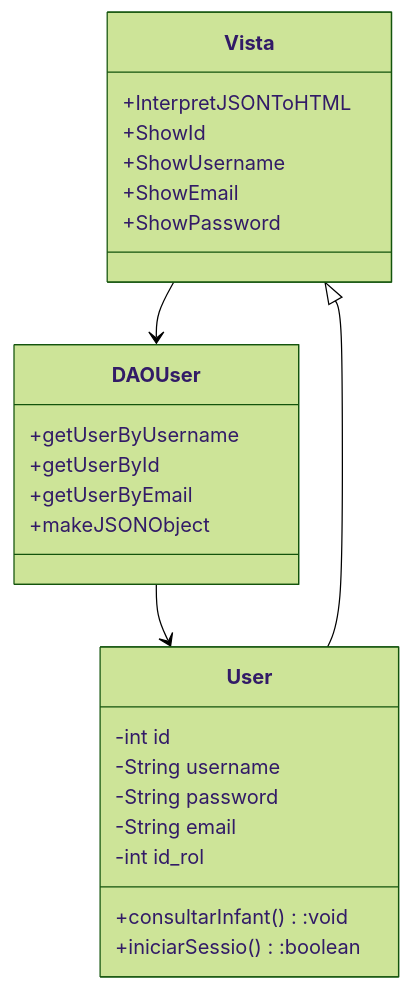
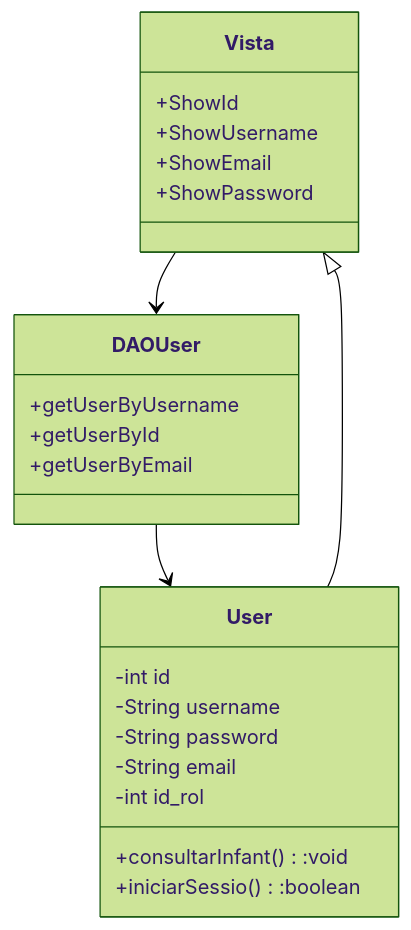
The diagram in charts/DiagramaVistaFront-end.mermaid (atlas-74/tapatapp), drawn with Mermaid (forest theme) before and after one commit.

```diff
--- a/charts/DiagramaVistaFront-end.mermaid
+++ b/charts/DiagramaVistaFront-end.mermaid
@@ -1,29 +1,27 @@
 classDiagram
     Vista --> DAOUser
     DAOUser --> User
     User --|> Vista
 
     class Vista {
-    +InterpretJSONToHTML
     +ShowId
     +ShowUsername
     +ShowEmail
     +ShowPassword
     }
 
     class DAOUser {
     +getUserByUsername
     +getUserById
     +getUserByEmail
-    +makeJSONObject
     }
 
     class User {
     -int id
     -String username
     -String password
     -String email
     -int id_rol
     +consultarInfant():void
     +iniciarSessio():boolean
     }
```
